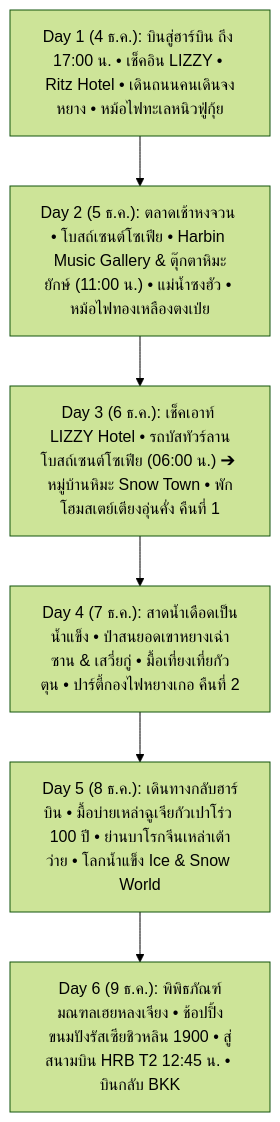
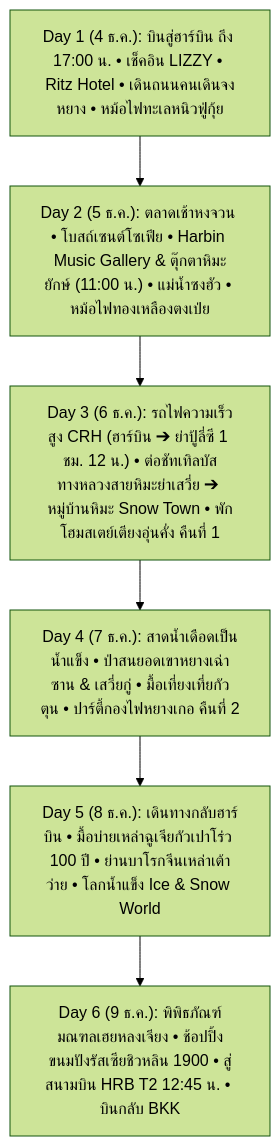
The diagram in 2026/Plan_05_Harbin.md (gigadoy2016/Travel), drawn with Mermaid (forest theme) before and after one commit. The commit also changed other lines of this file and 7 other files, not shown here.

Commit message:
Update Day 3 route to High-Speed Train via Yabuli West Station to China Snow Town

````diff
--- a/2026/Plan_05_Harbin.md
+++ b/2026/Plan_05_Harbin.md
@@ -54,8 +54,8 @@
 ```mermaid
 graph TD
     D1["Day 1 (4 ธ.ค.): บินสู่ฮาร์บิน ถึง 17:00 น. • เช็คอิน LIZZY • Ritz Hotel • เดินถนนคนเดินจงหยาง • หม้อไฟทะเลหนิวฟู่กุ้ย"] --> D2["Day 2 (5 ธ.ค.): ตลาดเช้าหงจวน • โบสถ์เซนต์โซเฟีย • Harbin Music Gallery & ตุ๊กตาหิมะยักษ์ (11:00 น.) • แม่น้ำซงฮัว • หม้อไฟทองเหลืองตงเป่ย"]
-    D2 --> D3["Day 3 (6 ธ.ค.): เช็คเอาท์ LIZZY Hotel • รถบัสทัวร์ลานโบสถ์เซนต์โซเฟีย (06:00 น.) ➔ หมู่บ้านหิมะ Snow Town • พักโฮมสเตย์เตียงอุ่นคั่ง คืนที่ 1"]
+    D2 --> D3["Day 3 (6 ธ.ค.): รถไฟความเร็วสูง CRH (ฮาร์บิน ➔ ย่าปู้ลี่ซี 1 ชม. 12 น.) • ต่อชัทเทิลบัสทางหลวงสายหิมะย่าเสวี่ย ➔ หมู่บ้านหิมะ Snow Town • พักโฮมสเตย์เตียงอุ่นคั่ง คืนที่ 1"]
     D3 --> D4["Day 4 (7 ธ.ค.): สาดน้ำเดือดเป็นน้ำแข็ง • ป่าสนยอดเขาหยางเฉ่าซาน & เสวี่ยกู่ • มื้อเที่ยงเที่ยกัวตุน • ปาร์ตี้กองไฟหยางเกอ คืนที่ 2"]
     D4 --> D5["Day 5 (8 ธ.ค.): เดินทางกลับฮาร์บิน • มื้อบ่ายเหล่าฉูเจียกัวเปาโร่ว 100 ปี • ย่านบาโรกจีนเหล่าเต้าว่าย • โลกน้ำแข็ง Ice & Snow World"]
     D5 --> D6["Day 6 (9 ธ.ค.): พิพิธภัณฑ์มณฑลเฮยหลงเจียง • ช้อปปิ้งขนมปังรัสเซียชิวหลิน 1900 • สู่สนามบิน HRB T2 12:45 น. • บินกลับ BKK"]
 ```
````
